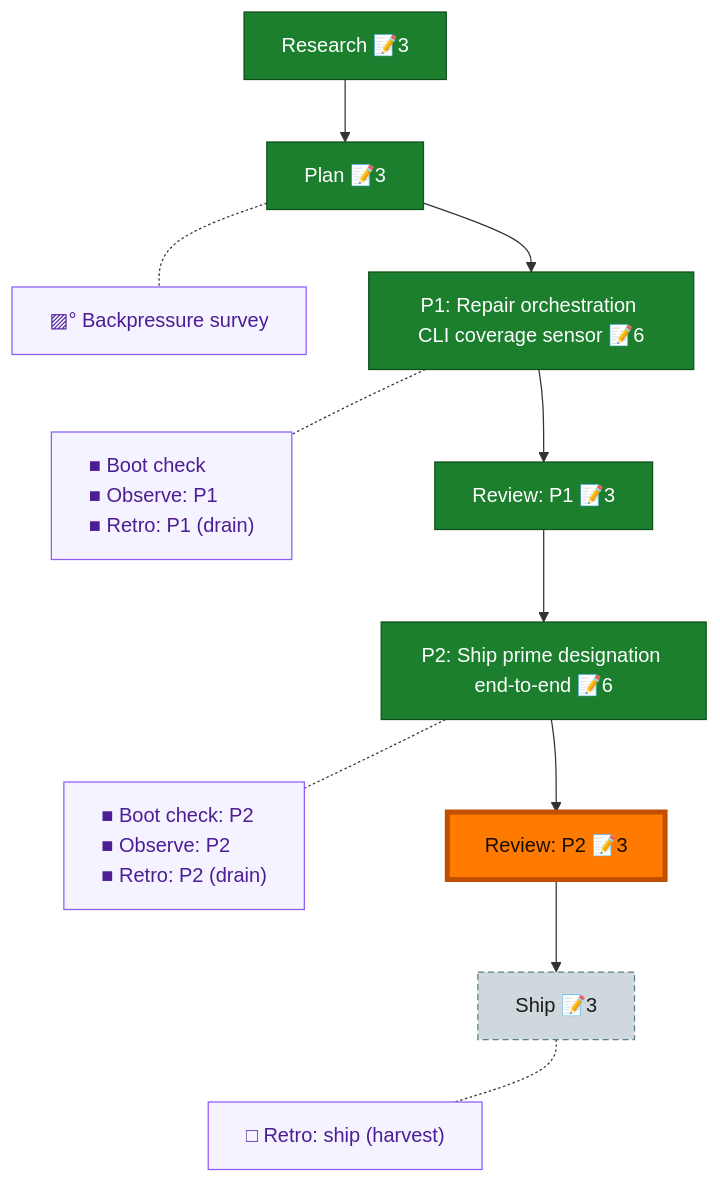
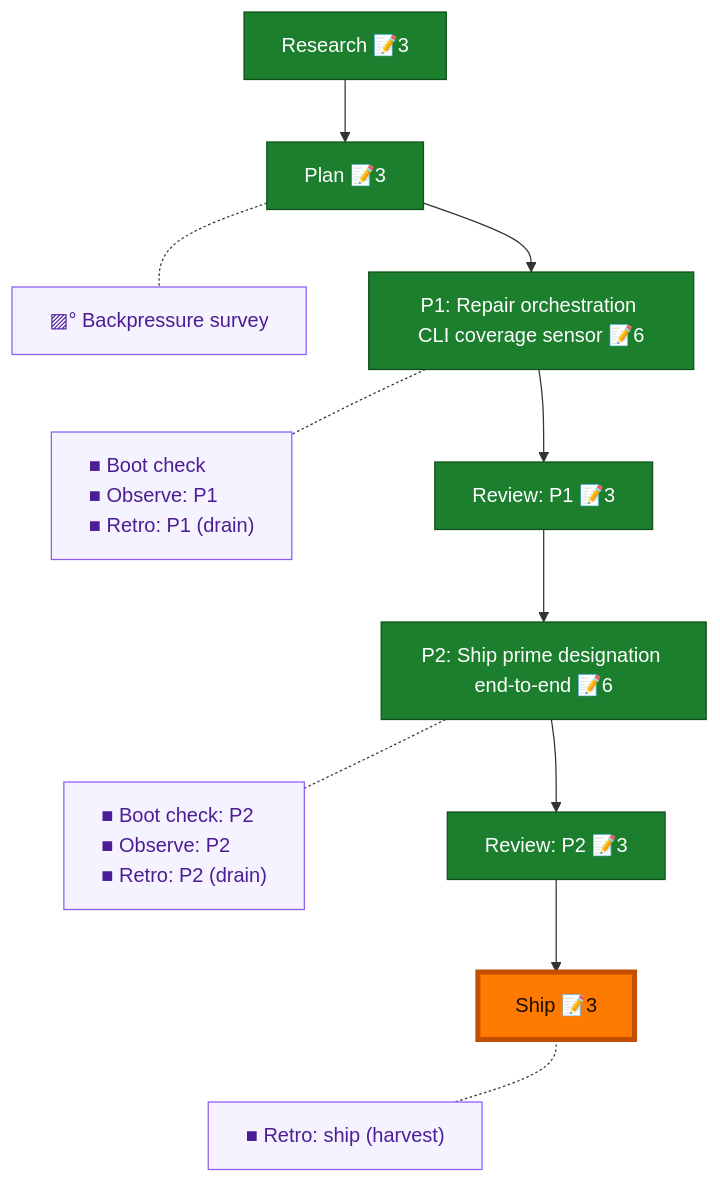
The diagram in docs/plans/038-pij-prime-designation/the-flow.md (vaughanknight/pij), drawn with Mermaid before and after one commit. The commit also changed other lines of this file and 42 other files, not shown here.

````diff
--- a/docs/plans/038-pij-prime-designation/the-flow.md
+++ b/docs/plans/038-pij-prime-designation/the-flow.md
@@ -8,32 +8,31 @@
 ```mermaid
 flowchart TD
     research["Research 📝3"]:::done
     plan["Plan 📝3"]:::done
     phase_1["P1: Repair orchestration CLI coverage sensor 📝6"]:::done
     review_1["Review: P1 📝3"]:::done
     phase_2["P2: Ship prime designation end-to-end 📝6"]:::done
     review_2["Review: P2 📝3"]:::done
-    ship["Ship 📝3"]:::assumed
+    ship["Ship 📝3"]:::done
 
     research --> plan --> phase_1 --> review_1 --> phase_2 --> review_2 --> ship
 
     planC["▨° Backpressure survey"]:::chore
     phase_1C["■ Boot check<br/>■ Observe: P1<br/>■ Retro: P1 (drain)"]:::chore
     phase_2C["■ Boot check: P2<br/>■ Observe: P2<br/>■ Retro: P2 (drain)"]:::chore
-    shipC["□ Retro: ship (harvest)"]:::chore
+    shipC["■ Retro: ship (harvest)"]:::chore
 
     %% invisible chain holds the gutter boxes in their own column
     planC ~~~ phase_1C ~~~ phase_2C ~~~ shipC
 
     %% dotted links pull each gutter box beside its node
     plan -.- planC
     phase_1 -.- phase_1C
     phase_2 -.- phase_2C
     ship -.- shipC
 
     classDef done fill:#1B7F2E,stroke:#0F4F1B,color:#fff;
-    classDef assumed fill:#CFD8DC,stroke:#607D8B,color:#1a1a1a,stroke-dasharray:5 3;
     classDef chore fill:#f5f3ff,stroke:#8b5cf6,color:#4c1d95,text-align:left;
     classDef current fill:#FF7A00,stroke:#C24E00,color:#1a0e00,stroke-width:4px;
-    class review_2 current;
+    class ship current;
 ```
````
